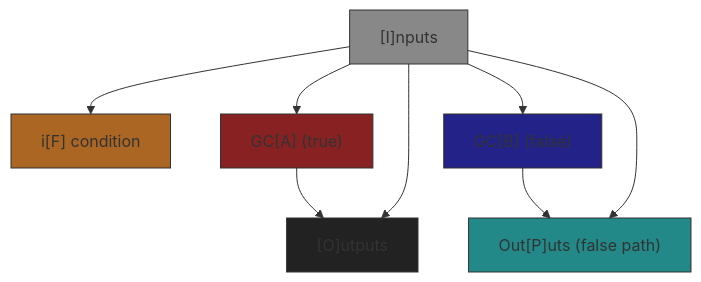
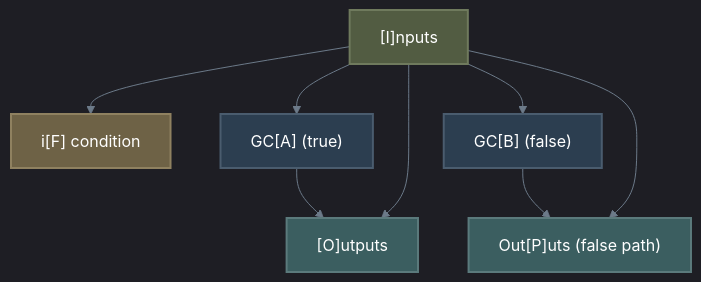
Before and after one commit to Shapedsundew9/erasmus-gp: the second of 7 diagrams in docs/components/core/genetic_code/graph.md, drawn with Mermaid. The commit also changed other lines of this file and 21 other files, not shown here.

First line of the commit message:
Enhance Mermaid Diagrams and Color Consistency Across Documentation

````diff
--- a/docs/components/core/genetic_code/graph.md
+++ b/docs/components/core/genetic_code/graph.md
@@ -135,29 +130,22 @@
 ```mermaid
-%% If-Then-Else GC
+%%{init: { 'theme': 'dark', 'themeVariables': { 'lineColor': '#6c7a89', 'textColor': '#edf2f4', 'mainBkg': '#2b2d42', 'primaryBorderColor': '#4a4e69' }}}%%
 flowchart TB
-    I["[I]nputs"]
-    F["i[F] condition"]
-    A["GC[A] (true)"]
-    B["GC[B] (false)"]
-    O["[O]utputs"]
-    P["Out[P]uts (false path)"]
+    %% Base/Default (Dark Slate)
+    classDef default fill:#2b2d42,stroke:#4a4e69,stroke-width:2px,color:#edf2f4
+    classDef dataTeal fill:#3b5e60,stroke:#5b7a7c,stroke-width:2px,color:#ffffff
+    classDef dataGold fill:#6e6246,stroke:#8f8160,stroke-width:2px,color:#ffffff
+    classDef dataOlive fill:#525c42,stroke:#6f7a5d,stroke-width:2px,color:#ffffff
+    classDef dataNavy fill:#2c3e50,stroke:#4a5c6e,stroke-width:2px,color:#ffffff
+
+    I["[I]nputs"]:::dataOlive
+    F["i[F] condition"]:::dataGold
+    A["GC[A] (true)"]:::dataNavy
+    B["GC[B] (false)"]:::dataNavy
+    O["[O]utputs"]:::dataTeal
+    P["Out[P]uts (false path)"]:::dataTeal
     I --> F
     I --> A --> O
     I --> B --> P
     I --> O
     I --> P
-    
-classDef Icd fill:#888888,stroke:#333,stroke-width:1px
-classDef Fcd fill:#aa6622,stroke:#333,stroke-width:1px
-classDef Acd fill:#882222,stroke:#333,stroke-width:1px
-classDef Bcd fill:#222288,stroke:#333,stroke-width:1px
-classDef Ocd fill:#222222,stroke:#333,stroke-width:1px
-classDef Pcd fill:#228888,stroke:#333,stroke-width:1px
-
-class I Icd
-class F Fcd
-class A Acd
-class B Bcd
-class O Ocd
-class P Pcd
 ```
````
